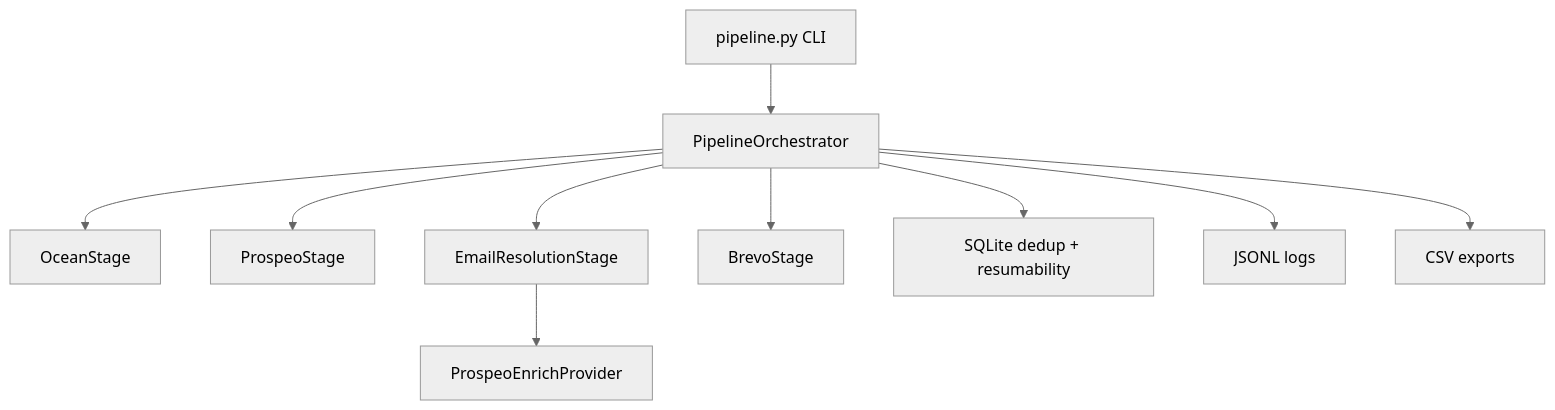
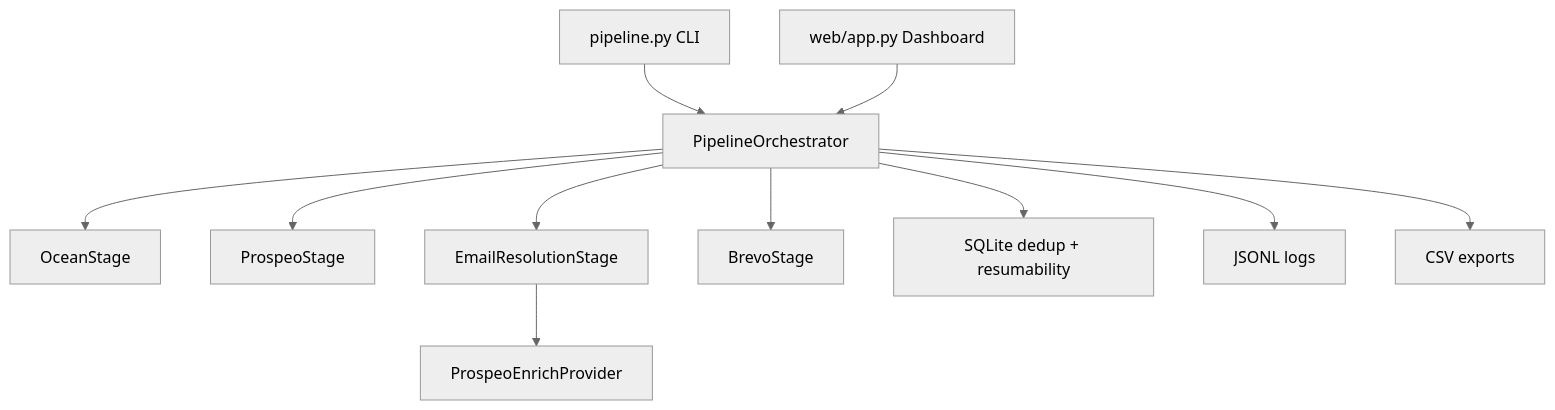
The diagram in README.md (rohitkumarrai7/Attainz), drawn with Mermaid (neutral theme) before and after one commit. The commit also changed other lines of this file, not shown here.

Commit message:
docs: add web dashboard setup guide and updated project structure

````diff
--- a/README.md
+++ b/README.md
@@ -33,12 +38,13 @@
 ```mermaid
 flowchart TB
     CLI["pipeline.py CLI"] --> Orchestrator["PipelineOrchestrator"]
+    Web["web/app.py Dashboard"] --> Orchestrator
     Orchestrator --> S1["OceanStage"]
     Orchestrator --> S2["ProspeoStage"]
     Orchestrator --> S3["EmailResolutionStage"]
     Orchestrator --> S4["BrevoStage"]
     S3 --> ProspeoEnrich["ProspeoEnrichProvider"]
     Orchestrator --> DB["SQLite dedup + resumability"]
     Orchestrator --> Logger["JSONL logs"]
     Orchestrator --> CSV["CSV exports"]
 ```
````
